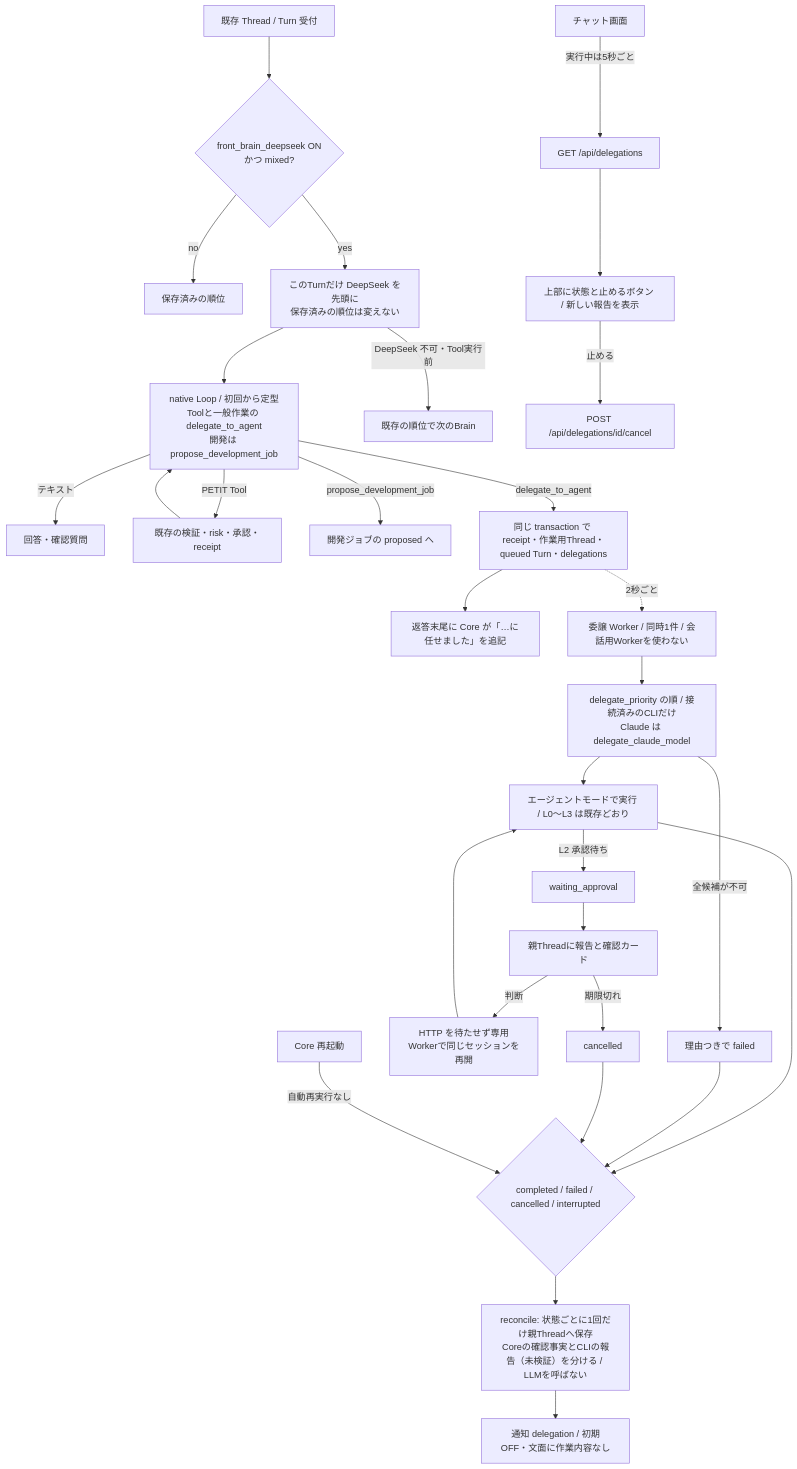
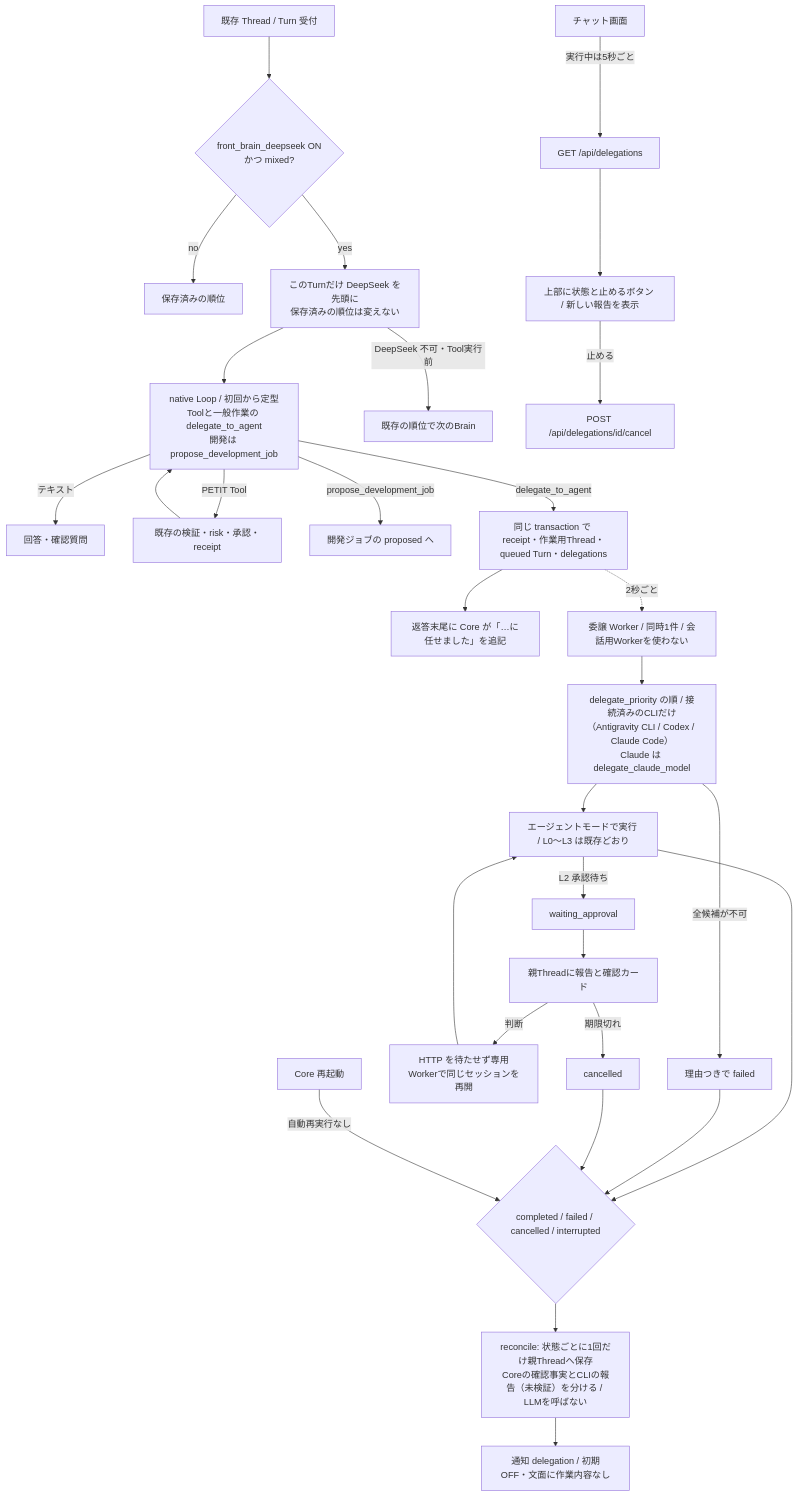
The fourth of 41 diagrams in docs/runtime-flows.md (Soso2e/PETIT), drawn with Mermaid before and after one commit. The commit also changed 11 other files, not shown here.

````diff
--- a/docs/runtime-flows.md
+++ b/docs/runtime-flows.md
@@ -81,32 +81,32 @@
 ```mermaid
 flowchart TD
     Turn[既存 Thread / Turn 受付] --> Order{front_brain_deepseek ON<br/>かつ mixed?}
     Order -->|no| Saved[保存済みの順位]
     Order -->|yes| Front[このTurnだけ DeepSeek を先頭に<br/>保存済みの順位は変えない]
     Front --> Native[native Loop / 初回から定型Toolと一般作業の delegate_to_agent<br/>開発は propose_development_job]
     Front -->|DeepSeek 不可・Tool実行前| Fallback[既存の順位で次のBrain]
     Native -->|テキスト| Reply[回答・確認質問]
     Native -->|PETIT Tool| Gate[既存の検証・risk・承認・receipt]
     Gate --> Native
     Native -->|propose_development_job| DevJob[開発ジョブの proposed へ]
     Native -->|delegate_to_agent| Create[同じ transaction で receipt・作業用Thread・queued Turn・delegations]
     Create --> Notice[返答末尾に Core が「…に任せました」を追記]
     Create -.->|2秒ごと| Worker[委譲 Worker / 同時1件 / 会話用Workerを使わない]
-    Worker --> Pick[delegate_priority の順 / 接続済みのCLIだけ<br/>Claude は delegate_claude_model]
+    Worker --> Pick[delegate_priority の順 / 接続済みのCLIだけ（Antigravity CLI / Codex / Claude Code）<br/>Claude は delegate_claude_model]
     Pick --> Agent[エージェントモードで実行 / L0〜L3 は既存どおり]
     Pick -->|全候補が不可| Fail[理由つきで failed]
     Agent -->|L2 承認待ち| Wait[waiting_approval]
     Wait --> Parent[親Threadに報告と確認カード]
     Parent -->|判断| Resume[HTTP を待たせず専用Workerで同じセッションを再開]
     Resume --> Agent
     Parent -->|期限切れ| Cancelled[cancelled]
     Agent --> Done{completed / failed / cancelled / interrupted}
     Fail --> Done
     Cancelled --> Done
     Restart[Core 再起動] -->|自動再実行なし| Done
     Done --> Report[reconcile: 状態ごとに1回だけ親Threadへ保存<br/>Coreの確認事実とCLIの報告（未検証）を分ける / LLMを呼ばない]
     Report --> Notify[通知 delegation / 初期OFF・文面に作業内容なし]
     UI[チャット画面] -->|実行中は5秒ごと| Status[GET /api/delegations]
     Status --> Strip[上部に状態と止めるボタン / 新しい報告を表示]
     Strip -->|止める| Cancel[POST /api/delegations/id/cancel]
 ```
````
